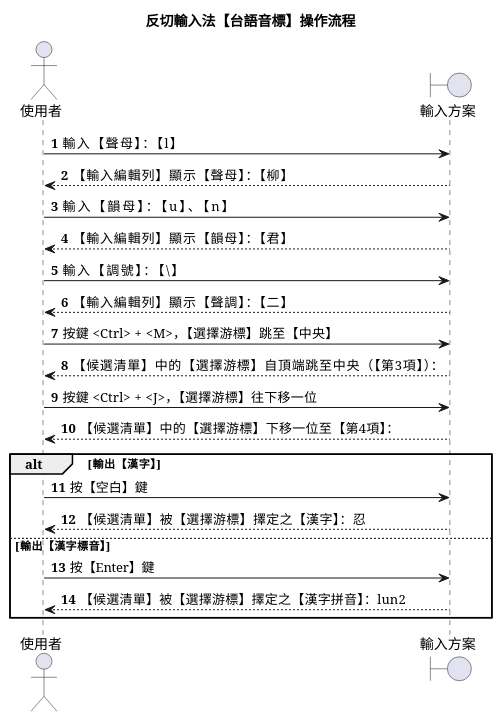
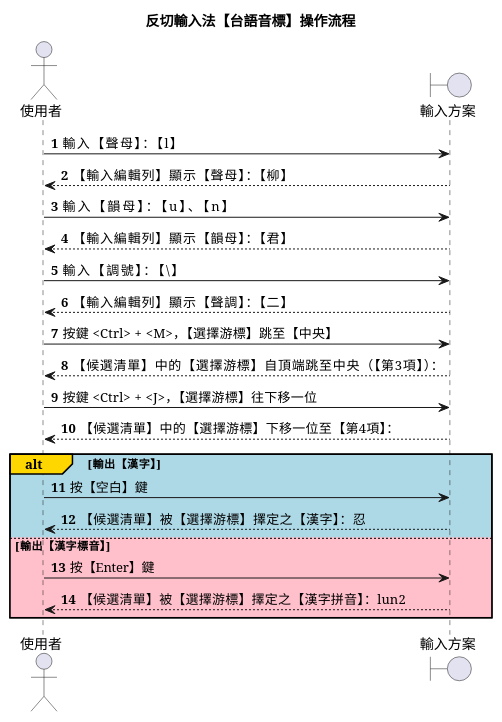
Before and after one commit to AlanJui/rime-tlpa: the fifth of 7 diagrams in docs/310_反切輸入法【台語音標】設計規格.md, drawn with PlantUML. The commit also changed other lines of this file, not shown here.

````diff
--- a/docs/310_反切輸入法【台語音標】設計規格.md
+++ b/docs/310_反切輸入法【台語音標】設計規格.md
@@ -261,32 +261,32 @@
 ```plantuml
 @startuml
 title 反切輸入法【台語音標】操作流程
 actor 使用者 as user
 boundary 輸入方案 as ime
 autonumber
 
 user -> ime : 輸入【聲母】：【l】
 ime --> user : 【輸入編輯列】顯示【聲母】：【柳】
 
 user -> ime : 輸入【韻母】：【u】、【n】
 ime --> user : 【輸入編輯列】顯示【韻母】：【君】
 
 user -> ime : 輸入【調號】：【\】
 ime --> user : 【輸入編輯列】顯示【聲調】：【二】
 
 user -> ime : 按鍵 <Ctrl> + <M>，【選擇游標】跳至【中央】
 ime --> user : 【候選清單】中的【選擇游標】自頂端跳至中央（【第3項】）：
 
 user -> ime : 按鍵 <Ctrl> + <J>，【選擇游標】往下移一位
 ime --> user : 【候選清單】中的【選擇游標】下移一位至【第4項】：
 
-alt 輸出【漢字】
+alt#Gold #LightBlue 輸出【漢字】
     user -> ime : 按【空白】鍵
     ime --> user : 【候選清單】被【選擇游標】擇定之【漢字】：忍
-else 輸出【漢字標音】
+else #Pink 輸出【漢字標音】
     user -> ime : 按【Enter】鍵
     ime --> user : 【候選清單】被【選擇游標】擇定之【漢字拼音】：lun2
 end
 
 @enduml
 ```
````
